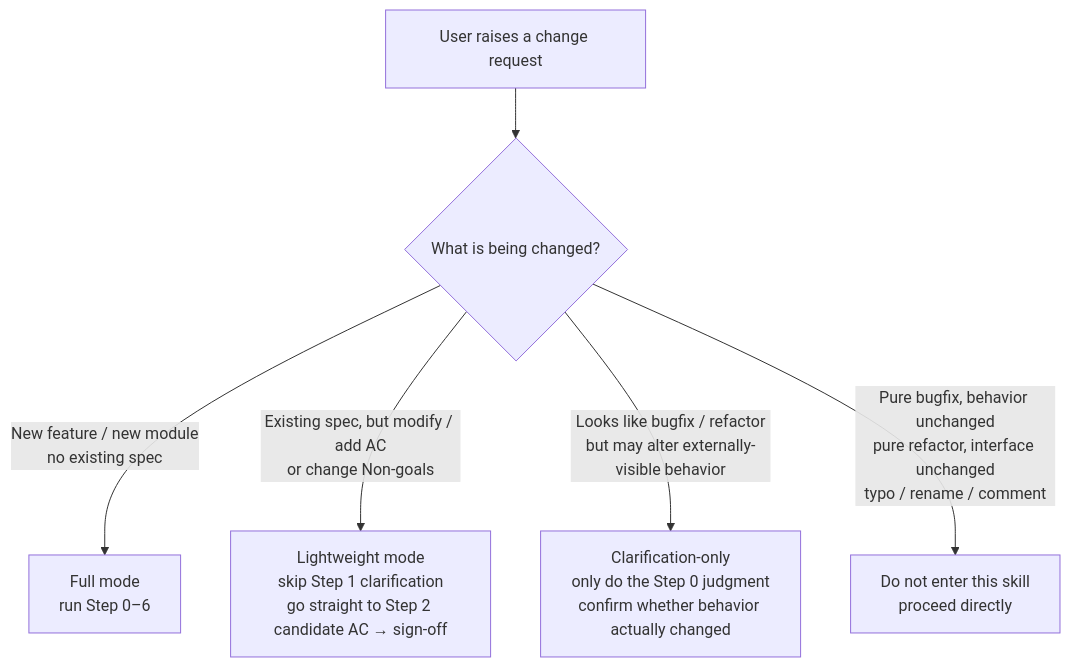
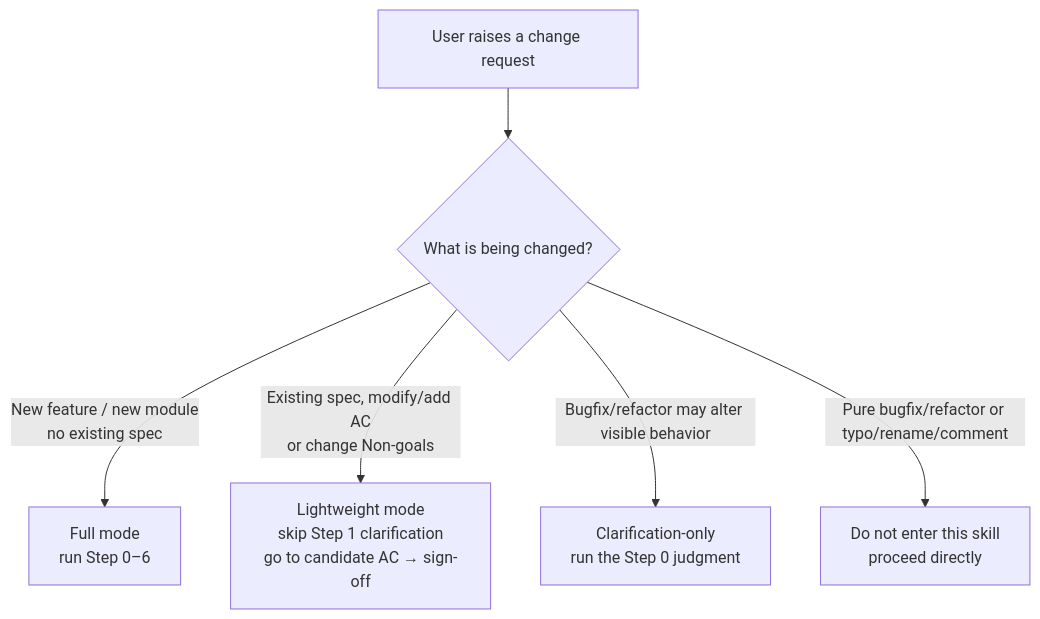
The first of 5 diagrams in fibo-brainstorming/SKILL.md (Alenkz12/FiboSkills), drawn with Mermaid before and after one commit. The commit also changed other lines of this file and 96 other files, not shown here.

````diff
--- a/fibo-brainstorming/SKILL.md
+++ b/fibo-brainstorming/SKILL.md
@@ -15,8 +15,8 @@
 ```mermaid
 flowchart TD
-  IN[User raises a change request] --> Q0{What is being changed?}
-  Q0 -->|New feature / new module<br/>no existing spec| FULL[Full mode<br/>run Step 0–6]
-  Q0 -->|Existing spec, but modify / add AC<br/>or change Non-goals| LITE[Lightweight mode<br/>skip Step 1 clarification<br/>go straight to Step 2 candidate AC → sign-off]
-  Q0 -->|"Looks like bugfix / refactor"<br/>but may alter externally-visible behavior| CLARIFY[Clarification-only<br/>only do the Step 0 judgment<br/>confirm whether behavior actually changed]
-  Q0 -->|Pure bugfix, behavior unchanged<br/>pure refactor, interface unchanged<br/>typo / rename / comment| SKIP[Do not enter this skill<br/>proceed directly]
+  change_request_001["User raises a change request"] --> change_type_002{"What is being changed?"}
+  change_type_002 -->|New feature / new module<br/>no existing spec| full_mode_003["Full mode<br/>run Step 0–6"]
+  change_type_002 -->|Existing spec, modify/add AC<br/>or change Non-goals| lightweight_mode_004["Lightweight mode<br/>skip Step 1 clarification<br/>go to candidate AC → sign-off"]
+  change_type_002 -->|"Bugfix/refactor may alter visible behavior"| clarification_mode_005["Clarification-only<br/>run the Step 0 judgment"]
+  change_type_002 -->|Pure bugfix/refactor or typo/rename/comment| direct_flow_006["Do not enter this skill<br/>proceed directly"]
 ```
````
